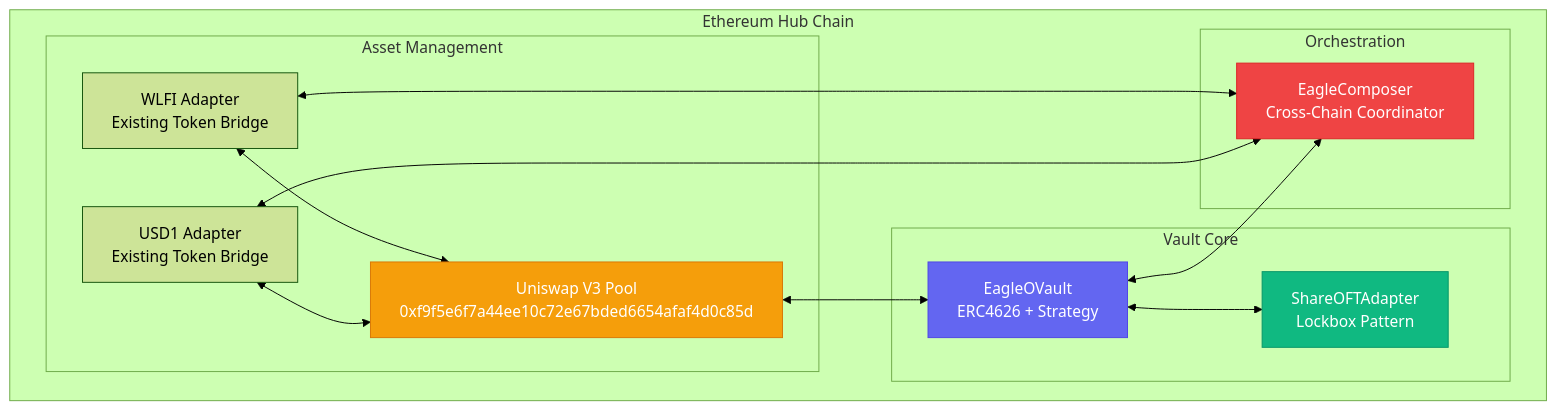
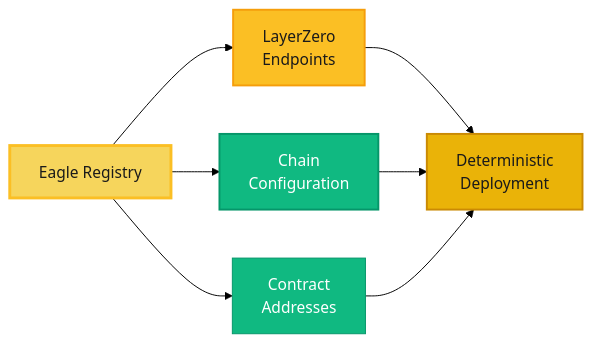
One commit to 47-Eagle/docs changed the second of 8 diagrams in docs/dev/architecture.md. Above: the diagram before and after it, drawn with Mermaid (forest theme). The commit also changed other lines of this file and 222 other files, not shown here.

````diff
--- a/docs/dev/architecture.md
+++ b/docs/dev/architecture.md
@@ -125,32 +77,16 @@
 ```mermaid
-graph TB
-    subgraph "Ethereum Hub Chain"
-        subgraph "Asset Management"
-            WLFI[WLFI Adapter<br/>Existing Token Bridge]
-            USD1[USD1 Adapter<br/>Existing Token Bridge]
-            UV3[Uniswap V3 Pool<br/>0xf9f5e6f7a44ee10c72e67bded6654afaf4d0c85d]
-        end
-        
-        subgraph "Vault Core"
-            EV[EagleOVault<br/>ERC4626 + Strategy]
-            SA[ShareOFTAdapter<br/>Lockbox Pattern]
-        end
-        
-        subgraph "Orchestration"
-            EC[EagleComposer<br/>Cross-Chain Coordinator]
-        end
-        
-        WLFI <--> UV3
-        USD1 <--> UV3
-        UV3 <--> EV
-        EV <--> SA
-        EV <--> EC
-        WLFI <--> EC
-        USD1 <--> EC
-    end
+graph LR
+    A[Eagle Registry] --> B[LayerZero<br/>Endpoints]
+    A --> C[Chain<br/>Configuration]
+    A --> D[Contract<br/>Addresses]
     
-    style EV fill:#6366f1,stroke:#4f46e5,color:#fff
-    style SA fill:#10b981,stroke:#059669,color:#fff
-    style EC fill:#ef4444,stroke:#dc2626,color:#fff
-    style UV3 fill:#f59e0b,stroke:#d97706,color:#fff
+    B --> E[Deterministic<br/>Deployment]
+    C --> E
+    D --> E
+    
+    style A fill:#f6d55c,stroke:#fbbf24,color:#1a1a1a,stroke-width:3px
+    style E fill:#eab308,stroke:#ca8a04,stroke-width:2px,color:#1a1a1a
+    style B fill:#fbbf24,stroke:#f59e0b,stroke-width:2px,color:#1a1a1a
+    style C fill:#10b981,stroke:#059669,stroke-width:2px,color:#fff
+    style D fill:#10b981,stroke:#059669,color:#fff
 ```
````
